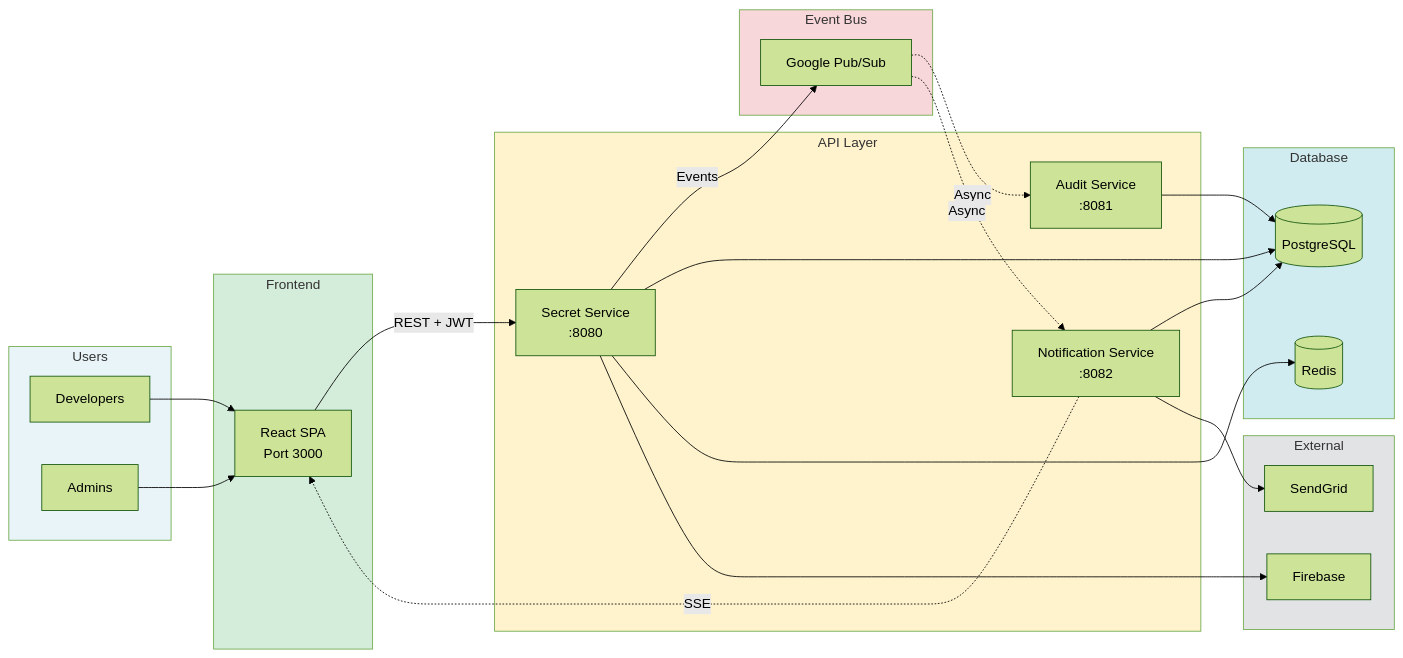
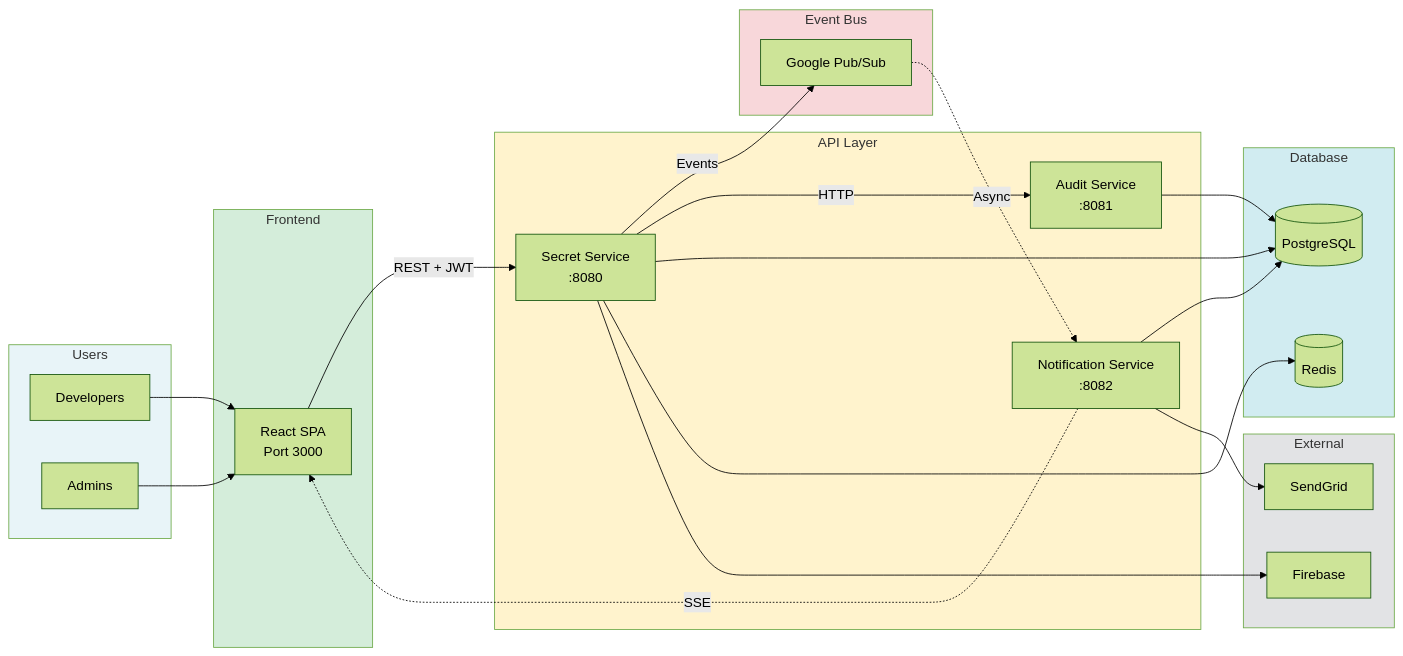
One commit to aminlahbib/Cloud-Secrets-Manager changed the first of 2 diagrams in README.md. Above: the diagram before and after it, drawn with Mermaid (forest theme). The commit also changed other lines of this file and 28 other files, not shown here.

````diff
--- a/README.md
+++ b/README.md
@@ -117,52 +117,52 @@
 ```mermaid
 graph LR
     subgraph User["Users"]
         Dev[Developers]
         Admin[Admins]
     end
     
     subgraph UI["Frontend"]
         React[React SPA<br/>Port 3000]
     end
     
     subgraph API["API Layer"]
         SecretAPI[Secret Service<br/>:8080]
         AuditAPI[Audit Service<br/>:8081]
         NotifAPI[Notification Service<br/>:8082]
     end
     
     subgraph Bus["Event Bus"]
         PubSub[Google Pub/Sub]
     end
     
     subgraph DB["Database"]
         PG[(PostgreSQL)]
         Redis[(Redis)]
     end
     
     subgraph Ext["External"]
         Email[SendGrid]
         Auth[Firebase]
     end
     
     Dev --> React
     Admin --> React
     React -->|REST + JWT| SecretAPI
     SecretAPI -->|Events| PubSub
-    PubSub -.->|Async| AuditAPI
+    SecretAPI -->|HTTP| AuditAPI
     PubSub -.->|Async| NotifAPI
     SecretAPI --> PG
     SecretAPI --> Redis
     SecretAPI --> Auth
     AuditAPI --> PG
     NotifAPI --> PG
     NotifAPI --> Email
     NotifAPI -.->|SSE| React
     
     style User fill:#E8F4F8
     style UI fill:#D4EDDA
     style API fill:#FFF3CD
     style Bus fill:#F8D7DA
     style DB fill:#D1ECF1
     style Ext fill:#E2E3E5
 ```
````
